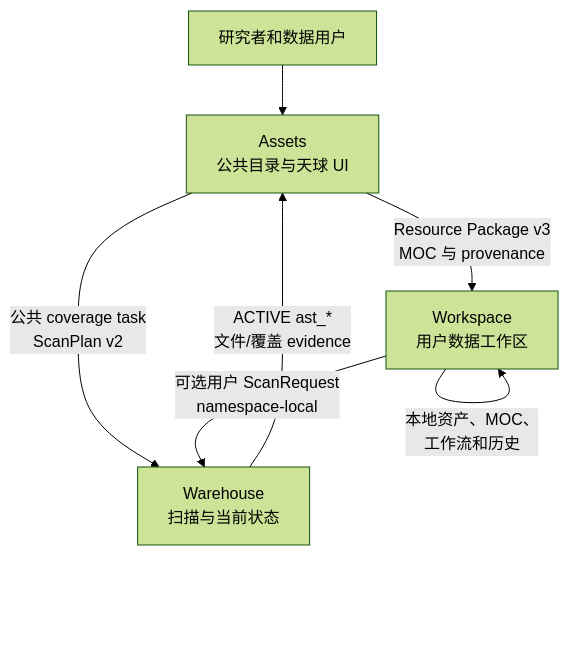
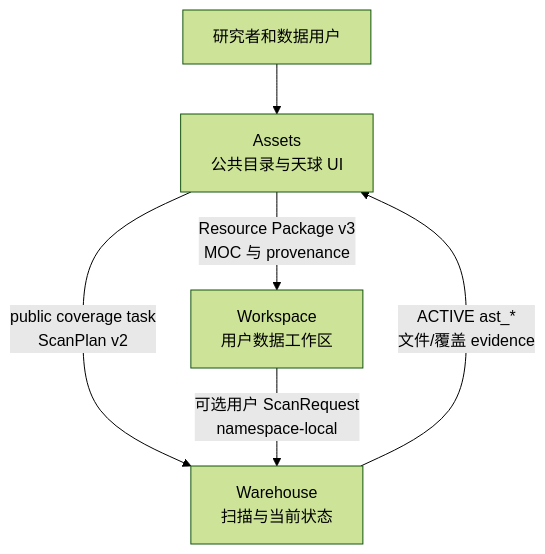
The first of 2 diagrams in README.cn.md (Astro-Survey-Atlas/Assets), drawn with Mermaid (forest theme) before and after one commit. The commit also changed other lines of this file and 72 other files, not shown here.

````diff
--- a/README.cn.md
+++ b/README.cn.md
@@ -63,9 +73,8 @@
 ```mermaid
 flowchart TB
-  U[研究者和数据用户] --> A[Assets\n公共目录与天球 UI]
-  A -->|公共 coverage task\nScanPlan v2| W[Warehouse\n扫描与当前状态]
-  W -->|ACTIVE ast_*\n文件/覆盖 evidence| A
-  A -->|Resource Package v3\nMOC 与 provenance| X[Workspace\n用户数据工作区]
-  X -->|可选用户 ScanRequest\nnamespace-local| W
-  X -->|本地资产、MOC、\n工作流和历史| X
+  U[研究者和数据用户] --> A[Assets<br/>公共目录与天球 UI]
+  A -->|public coverage task<br/>ScanPlan v2| W[Warehouse<br/>扫描与当前状态]
+  W -->|ACTIVE ast_*<br/>文件/覆盖 evidence| A
+  A -->|Resource Package v3<br/>MOC 与 provenance| X[Workspace<br/>用户数据工作区]
+  X -->|可选用户 ScanRequest<br/>namespace-local| W
 ```
````
